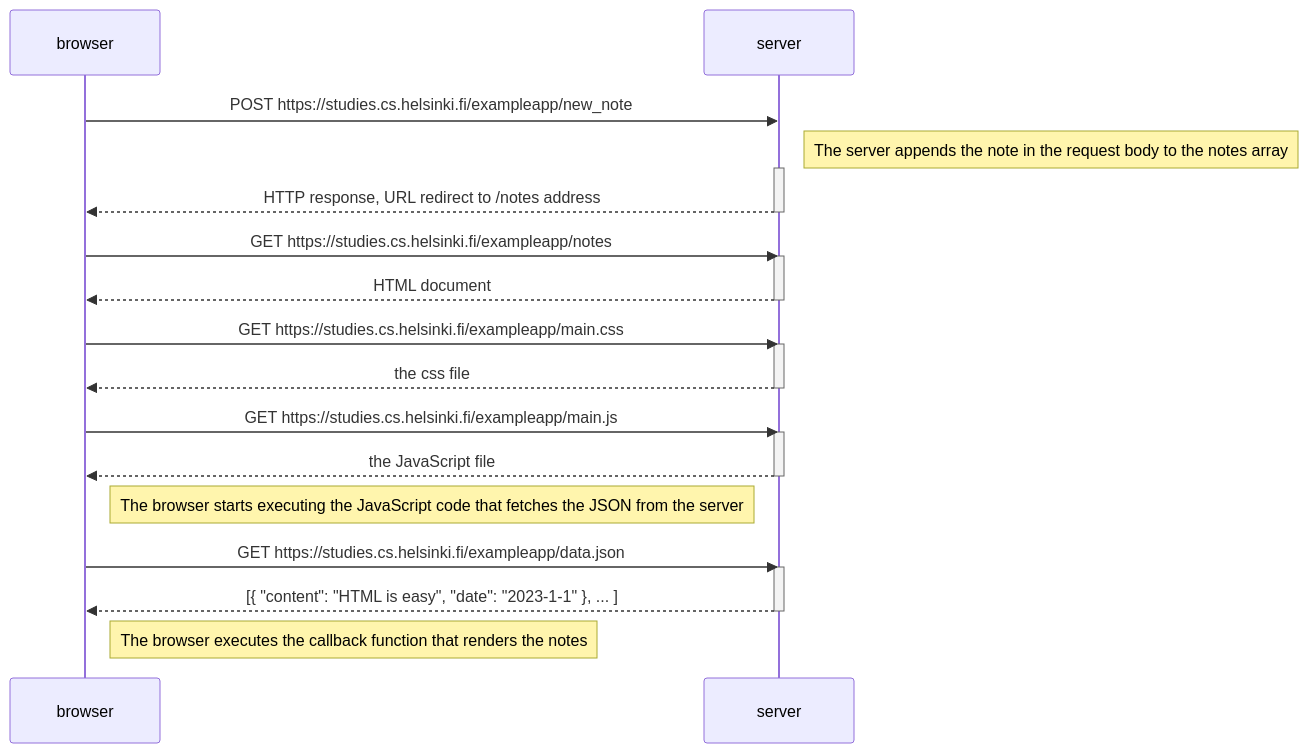
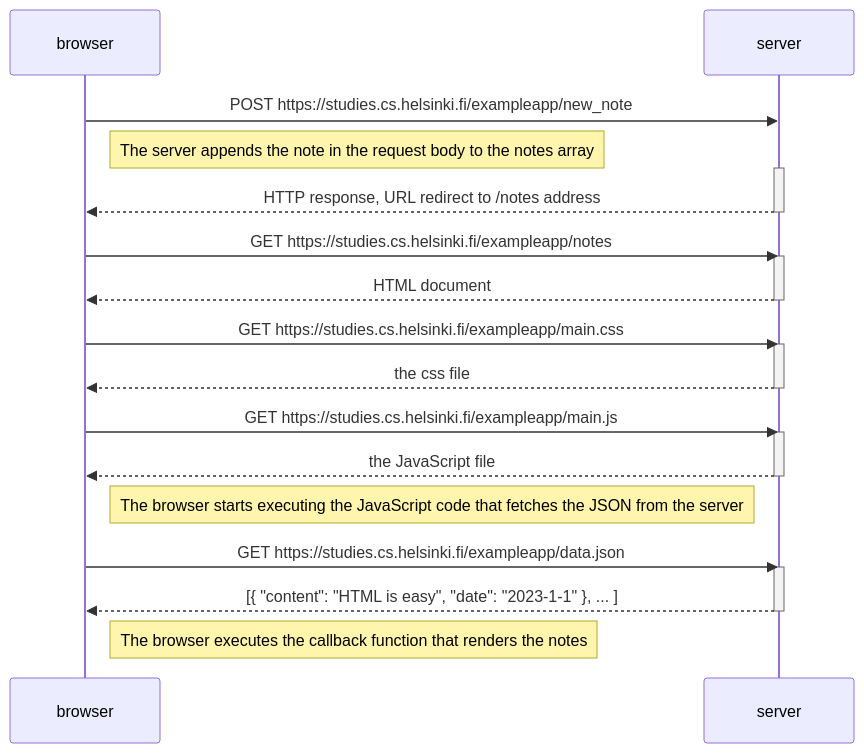
Before and after one commit to jrmpo/fullstackopen: the diagram in part0/README.md, drawn with Mermaid.

````diff
--- a/part0/README.md
+++ b/part0/README.md
@@ -3,35 +3,35 @@
 ```mermaid
 sequenceDiagram
     participant browser
     participant server
 
     browser->>server: POST https://studies.cs.helsinki.fi/exampleapp/new_note
-    Note right of server: The server appends the note in the request body to the notes array
+    Note right of browser: The server appends the note in the request body to the notes array
     activate server
     server-->>browser: HTTP response, URL redirect to /notes address
     deactivate server
 
     browser->>server: GET https://studies.cs.helsinki.fi/exampleapp/notes
     activate server
     server-->>browser: HTML document
     deactivate server
 
     browser->>server: GET https://studies.cs.helsinki.fi/exampleapp/main.css
     activate server
     server-->>browser: the css file
     deactivate server
 
     browser->>server: GET https://studies.cs.helsinki.fi/exampleapp/main.js
     activate server
     server-->>browser: the JavaScript file
     deactivate server
 
     Note right of browser: The browser starts executing the JavaScript code that fetches the JSON from the server
 
     browser->>server: GET https://studies.cs.helsinki.fi/exampleapp/data.json
     activate server
     server-->>browser: [{ "content": "HTML is easy", "date": "2023-1-1" }, ... ]
     deactivate server
 
     Note right of browser: The browser executes the callback function that renders the notes
 ```
````
